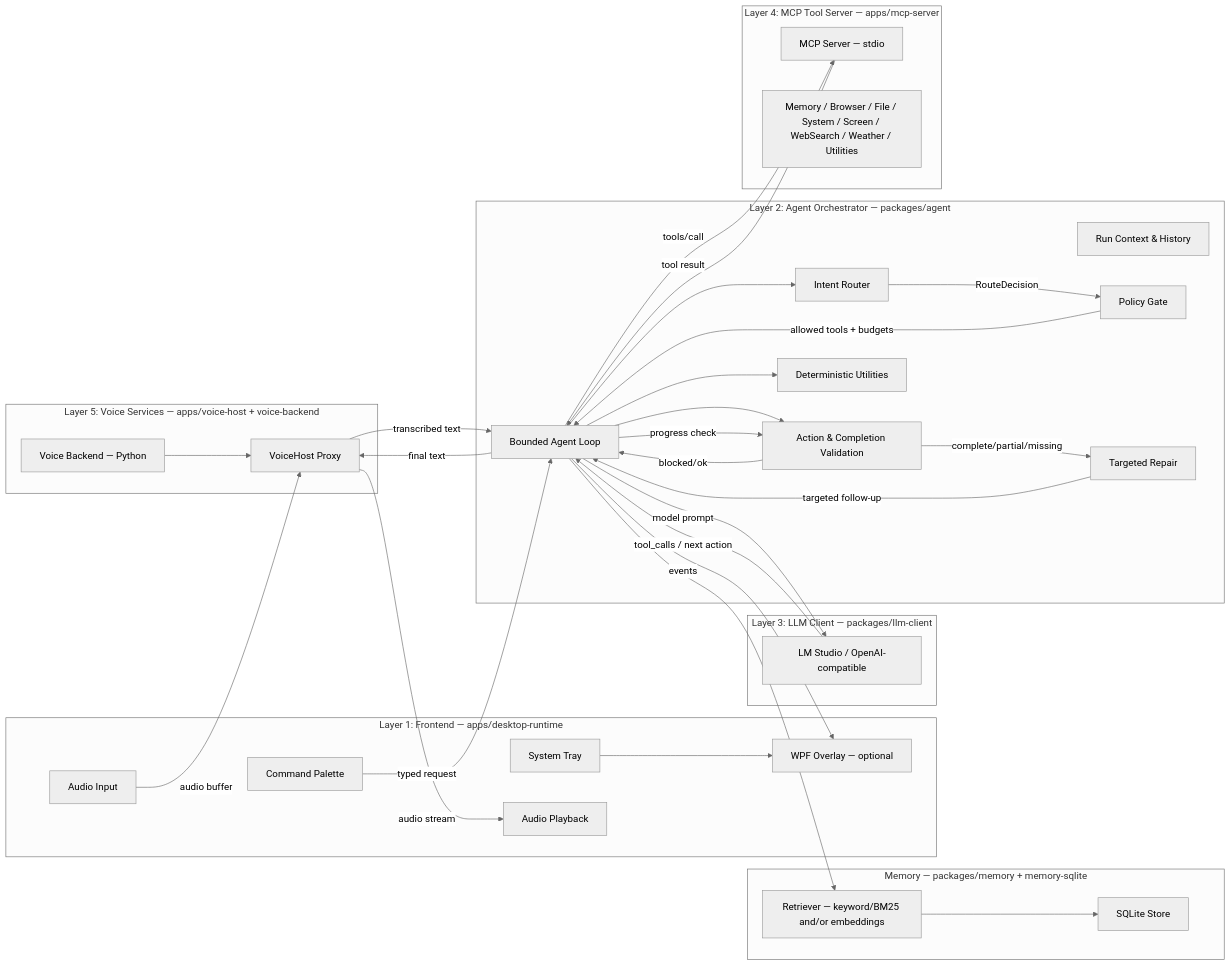
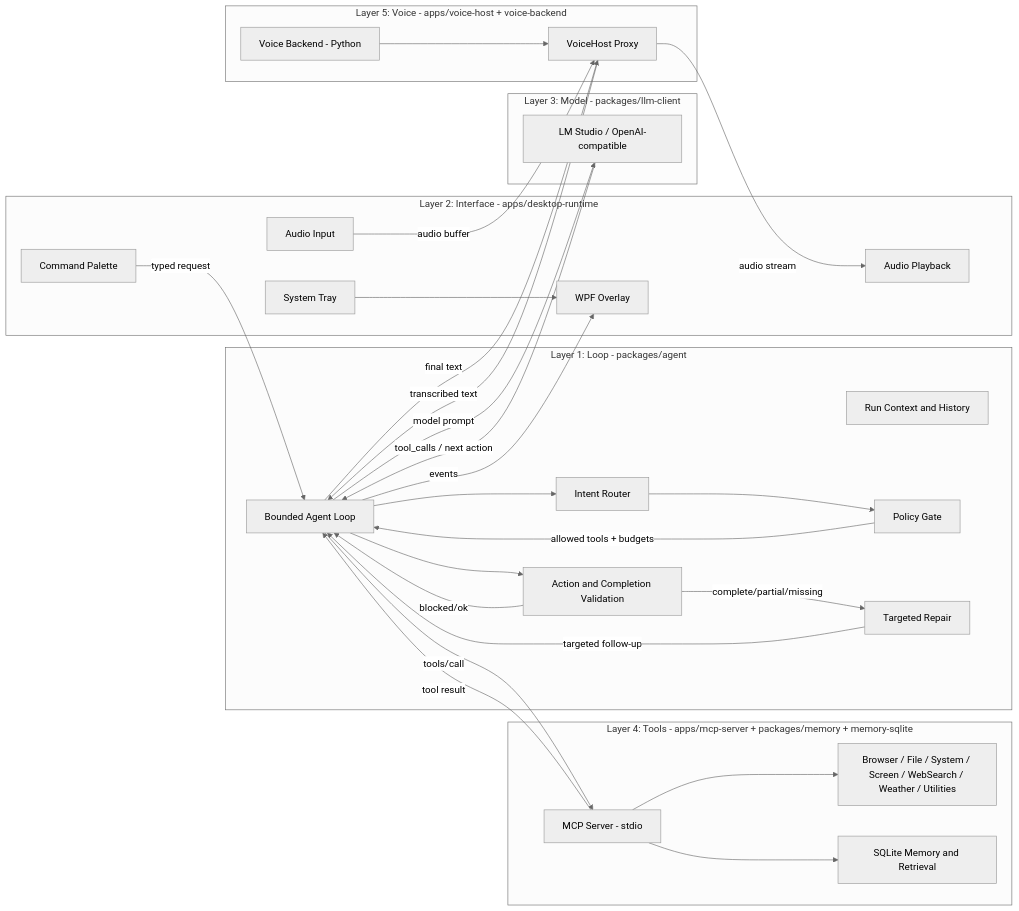
Before and after one commit to raydeStar/sir-thaddeus: the diagram in README.md, drawn with Mermaid (neutral theme). The commit also changed other lines of this file, not shown here.

````diff
--- a/README.md
+++ b/README.md
@@ -129,69 +129,61 @@
 ```mermaid
 flowchart LR
-  subgraph frontend [Layer 1: Frontend — apps/desktop-runtime]
+  subgraph loop [Layer 1: Loop - packages/agent]
+    Loop[Bounded Agent Loop]
+    Context[Run Context and History]
+    Router[Intent Router]
+    Gate[Policy Gate]
+    Validate[Action and Completion Validation]
+    Repair[Targeted Repair]
+  end
+
+  subgraph frontend [Layer 2: Interface - apps/desktop-runtime]
     Tray[System Tray]
-    Overlay[WPF Overlay — optional]
+    Overlay[WPF Overlay]
     PTT[Audio Input]
     Playback[Audio Playback]
     Palette[Command Palette]
   end
 
-  subgraph agent [Layer 2: Agent Orchestrator — packages/agent]
-    Loop[Bounded Agent Loop]
-    Context[Run Context & History]
-    Router[Intent Router]
-    Gate[Policy Gate]
-    Validate[Action & Completion Validation]
-    Repair[Targeted Repair]
-    Utilities[Deterministic Utilities]
-  end
-
-  subgraph llm [Layer 3: LLM Client — packages/llm-client]
+  subgraph model [Layer 3: Model - packages/llm-client]
     LmStudio[LM Studio / OpenAI-compatible]
   end
 
-  subgraph memory [Memory — packages/memory + memory-sqlite]
-    Store[SQLite Store]
-    Retriever[Retriever — keyword/BM25 and/or embeddings]
+  subgraph tools [Layer 4: Tools - apps/mcp-server + packages/memory + memory-sqlite]
+    Server[MCP Server - stdio]
+    Toolset[Browser / File / System / Screen / WebSearch / Weather / Utilities]
+    Memory[SQLite Memory and Retrieval]
   end
 
-  subgraph mcp [Layer 4: MCP Tool Server — apps/mcp-server]
-    Server[MCP Server — stdio]
-    Tools[Memory / Browser / File / System / Screen / WebSearch / Weather / Utilities]
-  end
-
-  subgraph voice [Layer 5: Voice Services — apps/voice-host + voice-backend]
+  subgraph voice [Layer 5: Voice - apps/voice-host + voice-backend]
     VoiceHost[VoiceHost Proxy]
-    VoiceBackend[Voice Backend — Python]
+    VoiceBackend[Voice Backend - Python]
     VoiceBackend --> VoiceHost
   end
 
   PTT -->|audio buffer| VoiceHost
   VoiceHost -->|transcribed text| Loop
   Palette -->|typed request| Loop
 
-  Loop --> Router -->|RouteDecision| Gate
+  Loop --> Router --> Gate
   Gate -->|allowed tools + budgets| Loop
 
   Loop -->|model prompt| LmStudio
   LmStudio -->|tool_calls / next action| Loop
 
   Loop --> Validate
   Validate -->|blocked/ok| Loop
-
-  Loop -->|tools/call| Server
-  Server -->|tool result| Loop
-
-  Loop -->|progress check| Validate
   Validate -->|complete/partial/missing| Repair
   Repair -->|targeted follow-up| Loop
 
-  Loop --> Retriever --> Store
-  Loop --> Utilities
+  Loop -->|tools/call| Server
+  Server --> Toolset
+  Server --> Memory
+  Server -->|tool result| Loop
 
   Loop -->|final text| VoiceHost
   VoiceHost -->|audio stream| Playback
 
   Loop -->|events| Overlay
   Tray --> Overlay
 ```
````
